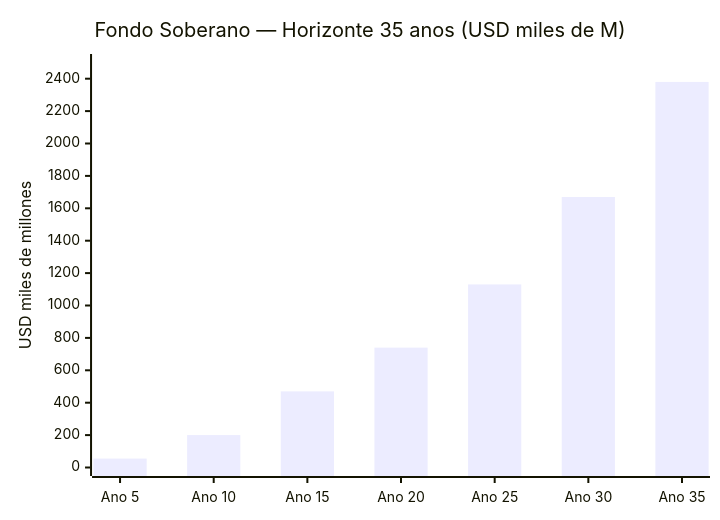
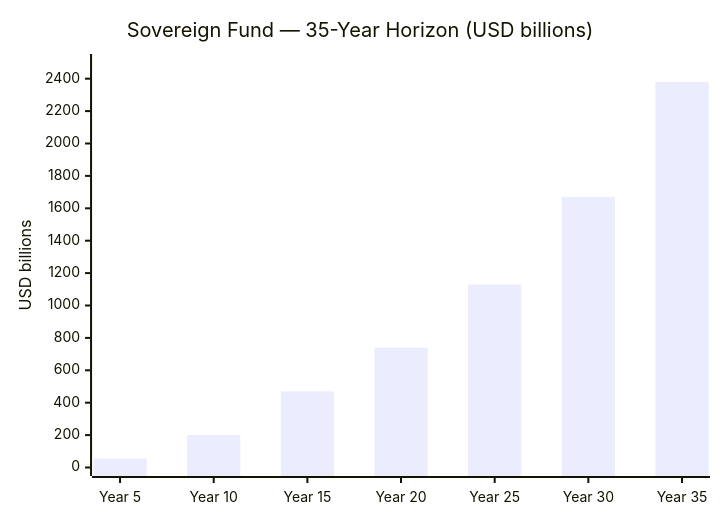
The fifth of 10 diagrams in i18n/en/docusaurus-plugin-content-docs/current/07-ejecucion/el-sueno.md (Venezuela-S-A/venezuela-sa), drawn with Mermaid before and after one commit. The commit also changed other lines of this file and 127 other files, not shown here.

````diff
--- a/i18n/en/docusaurus-plugin-content-docs/current/07-ejecucion/el-sueno.md
+++ b/i18n/en/docusaurus-plugin-content-docs/current/07-ejecucion/el-sueno.md
@@ -424,7 +424,7 @@
 ```mermaid
 xychart-beta
-    title "Fondo Soberano — Horizonte 35 anos (USD miles de M)"
-    x-axis ["Ano 5", "Ano 10", "Ano 15", "Ano 20", "Ano 25", "Ano 30", "Ano 35"]
-    y-axis "USD miles de millones" 0 --> 2500
+    title "Sovereign Fund — 35-Year Horizon (USD billions)"
+    x-axis ["Year 5", "Year 10", "Year 15", "Year 20", "Year 25", "Year 30", "Year 35"]
+    y-axis "USD billions" 0 --> 2500
     bar [55, 200, 470, 740, 1130, 1670, 2380]
 ```
````
